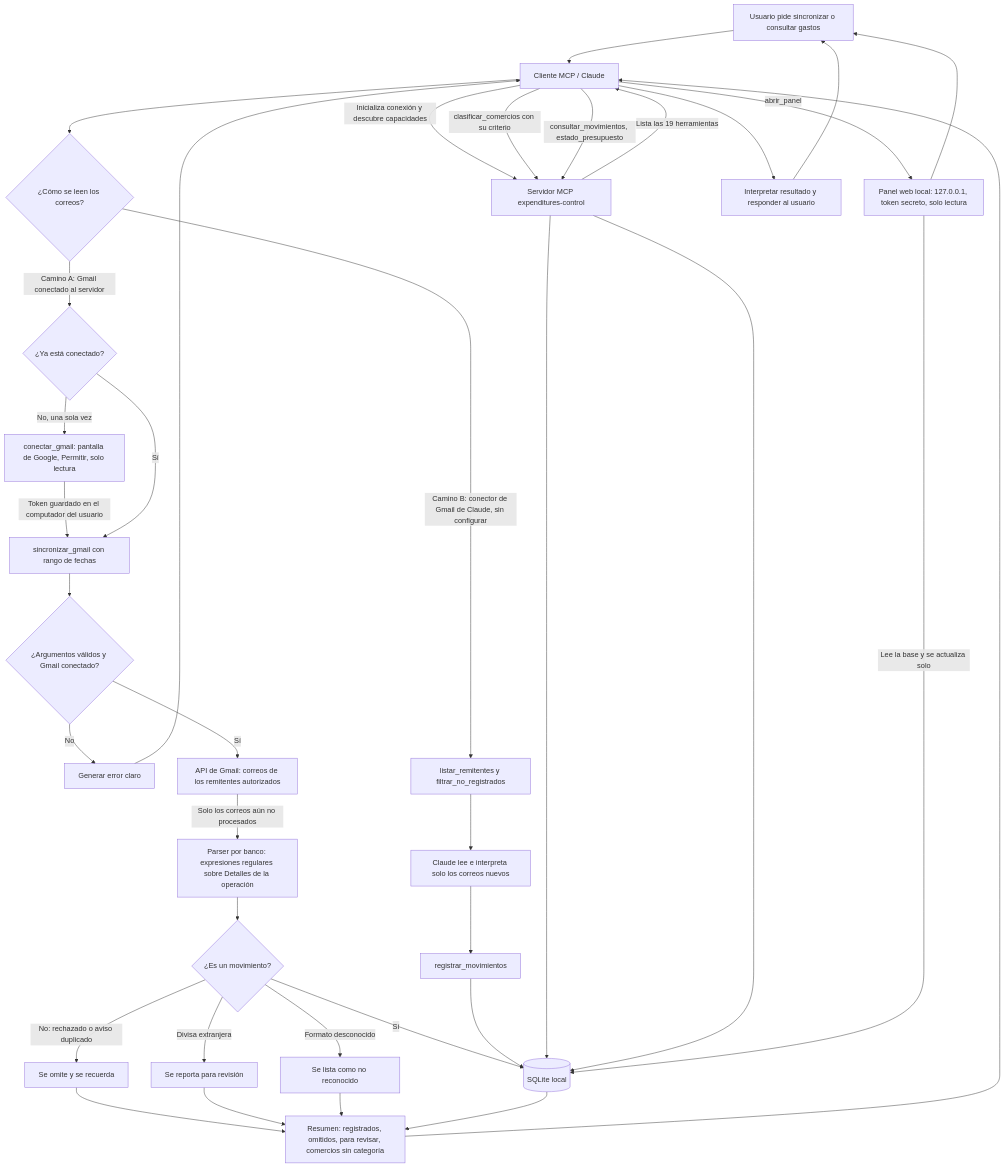
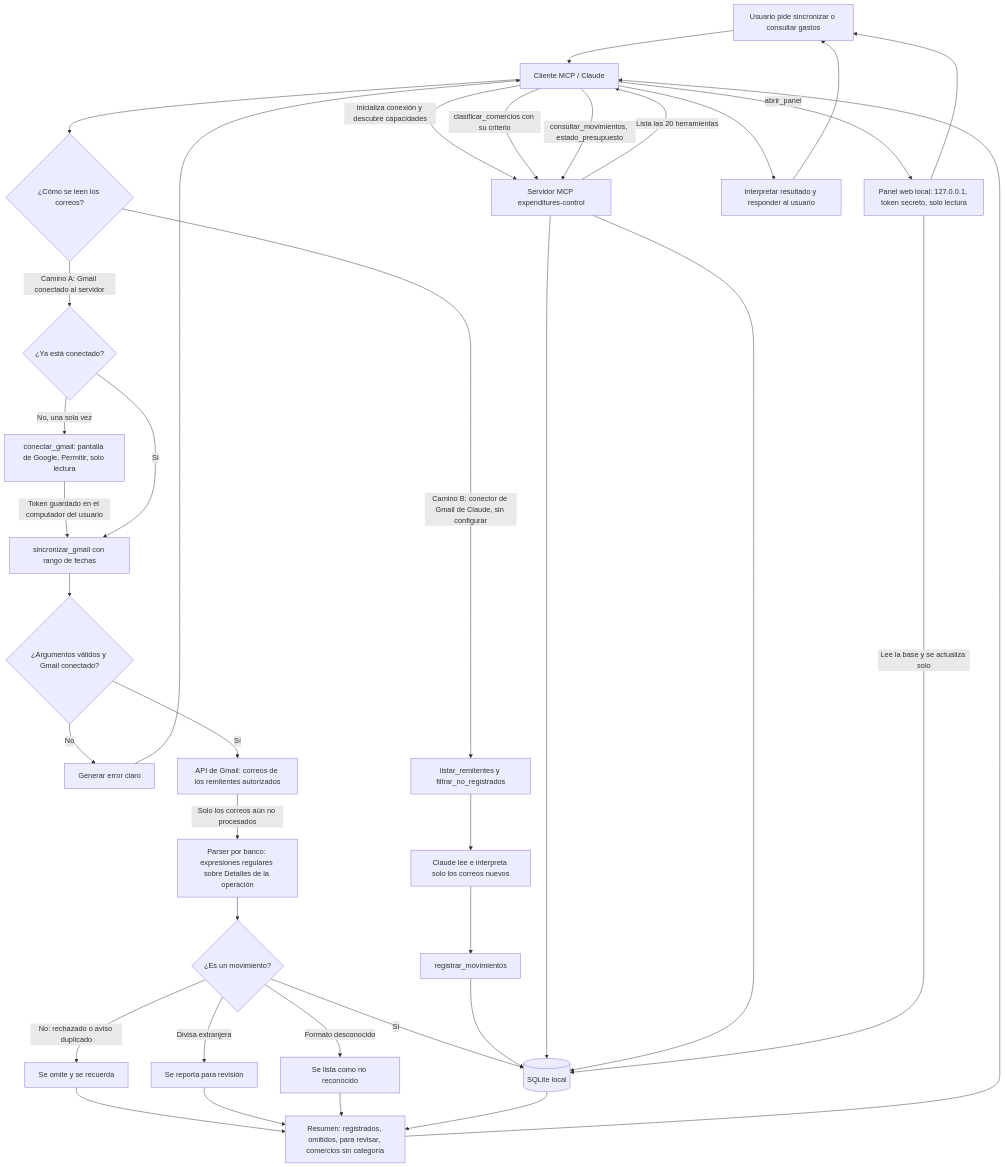
The diagram in docs/diagrama-proceso-mcp.md (estebanjc78/expenditure), drawn with Mermaid before and after one commit. The commit also changed 8 other files, not shown here.

````diff
--- a/docs/diagrama-proceso-mcp.md
+++ b/docs/diagrama-proceso-mcp.md
@@ -8,45 +8,45 @@
 ```mermaid
 flowchart TD
     U["Usuario pide sincronizar o consultar gastos"] --> C["Cliente MCP / Claude"]
     C -->|"Inicializa conexión y descubre capacidades"| S["Servidor MCP expenditures-control"]
-    S -->|"Lista las 19 herramientas"| C
+    S -->|"Lista las 20 herramientas"| C
 
     C --> D{"¿Cómo se leen los correos?"}
 
     D -->|"Camino A: Gmail conectado al servidor"| A0{"¿Ya está conectado?"}
     A0 -->|"No, una sola vez"| A1["conectar_gmail: pantalla de Google, Permitir, solo lectura"]
     A1 -->|"Token guardado en el computador del usuario"| A2
     A0 -->|"Sí"| A2["sincronizar_gmail con rango de fechas"]
     A2 --> V{"¿Argumentos válidos y Gmail conectado?"}
     V -->|"No"| E["Generar error claro"]
     E --> C
     V -->|"Sí"| G["API de Gmail: correos de los remitentes autorizados"]
     G -->|"Solo los correos aún no procesados"| P["Parser por banco: expresiones regulares sobre Detalles de la operación"]
     P --> K{"¿Es un movimiento?"}
     K -->|"No: rechazado o aviso duplicado"| X["Se omite y se recuerda"]
     K -->|"Divisa extranjera"| R["Se reporta para revisión"]
     K -->|"Formato desconocido"| Y["Se lista como no reconocido"]
     K -->|"Sí"| DB[("SQLite local")]
     X --> F["Resumen: registrados, omitidos, para revisar, comercios sin categoría"]
     R --> F
     Y --> F
     DB --> F
     F --> C
 
     D -->|"Camino B: conector de Gmail de Claude, sin configurar"| B1["listar_remitentes y filtrar_no_registrados"]
     B1 --> B2["Claude lee e interpreta solo los correos nuevos"]
     B2 --> B3["registrar_movimientos"]
     B3 --> DB
 
     C -->|"clasificar_comercios con su criterio"| S
     S --> DB
     C -->|"consultar_movimientos, estado_presupuesto"| S
     S --> DB
 
     C -->|"abrir_panel"| W["Panel web local: 127.0.0.1, token secreto, solo lectura"]
     W -->|"Lee la base y se actualiza solo"| DB
     W --> U
 
     C --> A["Interpretar resultado y responder al usuario"]
     A --> U
 ```
````
